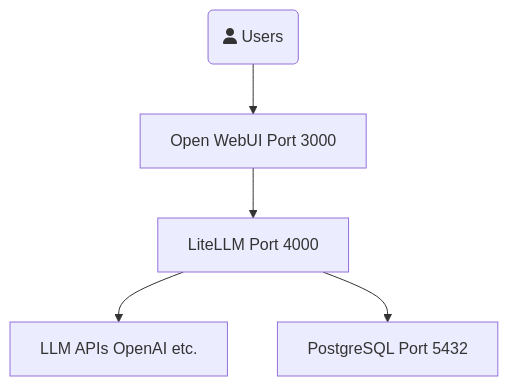
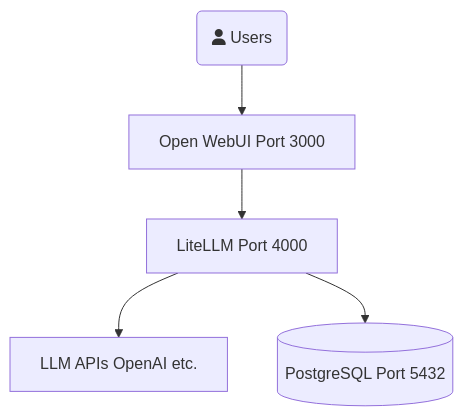
The diagram in README.md (Olipicus/my_litellm), drawn with Mermaid before and after one commit. The commit also changed other lines of this file, not shown here.

Commit message:
Add environment variables section to README and update PostgreSQL diagram

````diff
--- a/README.md
+++ b/README.md
@@ -21,7 +29,7 @@
 ```mermaid
 graph TD
     User(fa:fa-user Users) --> A[Open WebUI Port 3000]
     A --> B[LiteLLM Port 4000]
     B --> C[LLM APIs OpenAI etc.]
-    B --> D[PostgreSQL Port 5432]
+    B --> D[(PostgreSQL Port 5432)]
 ```
````
